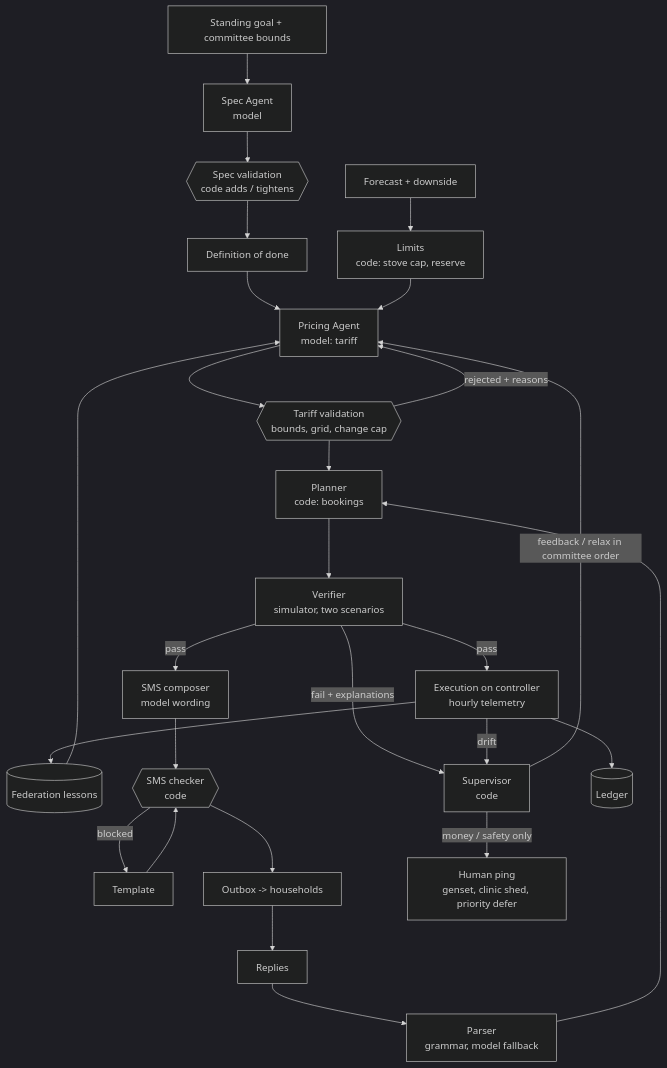
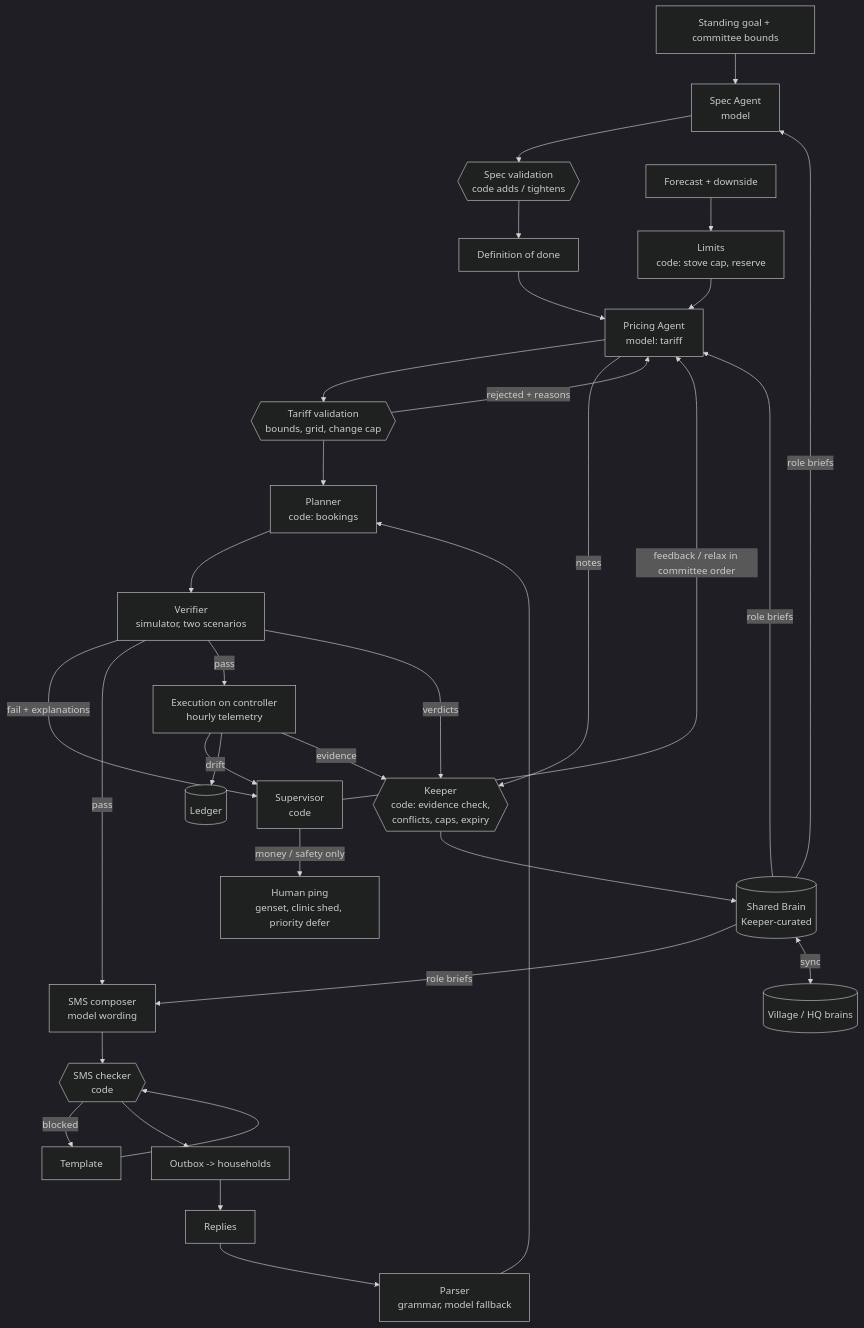
One commit to amahaeitbit/green-stove-agents changed the first of 2 diagrams in docs/architecture.md. Above: the diagram before and after it, drawn with Mermaid (dark theme). The commit also changed other lines of this file and 4 other files, not shown here.

First line of the commit message:
Refine plan for the Recursive Agents Hackathon: Shared Brain entry, rules, clock, multi-agent build

````diff
--- a/docs/architecture.md
+++ b/docs/architecture.md
@@ -5,27 +5,33 @@
 ```mermaid
 flowchart TD
     G[Standing goal + committee bounds] --> SA[Spec Agent<br/>model]
     SA --> SV{{Spec validation<br/>code adds / tightens}}
     SV --> DOD[Definition of done]
     F[Forecast + downside] --> L[Limits<br/>code: stove cap, reserve]
-    M[(Federation lessons)] --> PA
+    B[(Shared Brain<br/>Keeper-curated)] -->|role briefs| SA
+    B -->|role briefs| PA
+    B -->|role briefs| SMS
     DOD --> PA[Pricing Agent<br/>model: tariff]
     L --> PA
     PA --> PV{{Tariff validation<br/>bounds, grid, change cap}}
     PV -->|rejected + reasons| PA
     PV --> PL[Planner<br/>code: bookings]
     PL --> VE[Verifier<br/>simulator, two scenarios]
     VE -->|fail + explanations| SU[Supervisor<br/>code]
     SU -->|feedback / relax in committee order| PA
     VE -->|pass| SMS[SMS composer<br/>model wording]
     SMS --> CK{{SMS checker<br/>code}}
     CK -->|blocked| T[Template] --> CK
     CK --> OUT[Outbox -> households]
     OUT --> R[Replies] --> P[Parser<br/>grammar, model fallback]
     P --> PL
     VE -->|pass| EX[Execution on controller<br/>hourly telemetry]
     EX -->|drift| SU
     SU -->|money / safety only| H[Human ping<br/>genset, clinic shed, priority defer]
     EX --> LG[(Ledger)]
-    EX --> M
+    EX -->|evidence| K{{Keeper<br/>code: evidence check,<br/>conflicts, caps, expiry}}
+    VE -->|verdicts| K
+    PA -->|notes| K
+    K --> B
+    B <-->|sync| HQ[(Village / HQ brains)]
 ```
````
